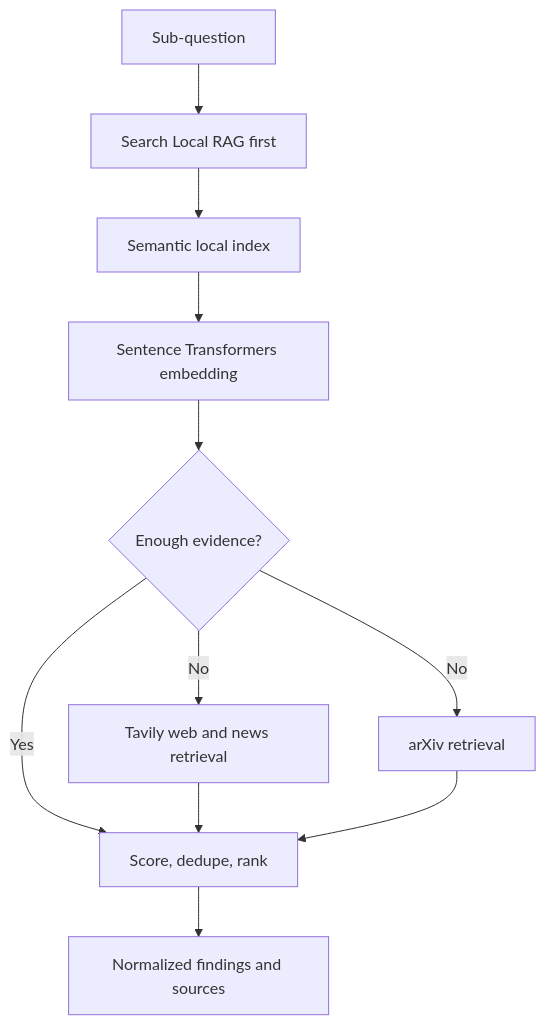
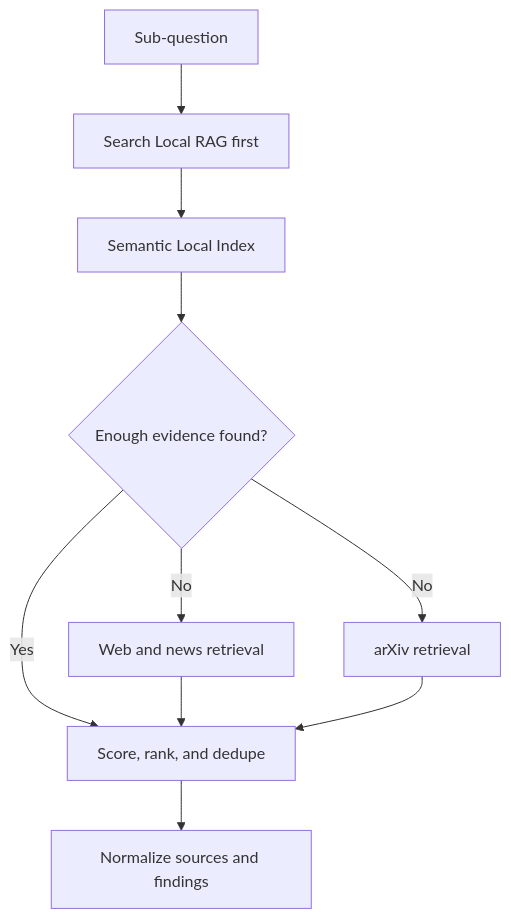
The fourth of 10 diagrams in Group_9/ai-hackathon/docs/WORKFLOW_DIAGRAMS.md (greenp8888/Submissions_C5), drawn with Mermaid before and after one commit. The commit also changed other lines of this file and 35 other files, not shown here.

````diff
--- a/Group_9/ai-hackathon/docs/WORKFLOW_DIAGRAMS.md
+++ b/Group_9/ai-hackathon/docs/WORKFLOW_DIAGRAMS.md
@@ -70,23 +101,21 @@
 ```mermaid
 flowchart TD
-    Question[Sub-question]
+    SubQuestion[Sub-question]
     LocalFirst[Search Local RAG first]
-    LocalIndex[Semantic local index]
-    Embed[Sentence Transformers embedding]
-    NeedMore{Enough evidence?}
-    Web[Tavily web and news retrieval]
+    LocalIndex[Semantic Local Index]
+    Enough{Enough evidence found?}
+    Web[Web and news retrieval]
     Arxiv[arXiv retrieval]
-    Score[Score, dedupe, rank]
-    Findings[Normalized findings and sources]
+    Score[Score, rank, and dedupe]
+    Normalize[Normalize sources and findings]
 
-    Question --> LocalFirst
+    SubQuestion --> LocalFirst
     LocalFirst --> LocalIndex
-    LocalIndex --> Embed
-    Embed --> NeedMore
-    NeedMore -- Yes --> Score
-    NeedMore -- No --> Web
-    NeedMore -- No --> Arxiv
+    LocalIndex --> Enough
+    Enough -- Yes --> Score
+    Enough -- No --> Web
+    Enough -- No --> Arxiv
     Web --> Score
     Arxiv --> Score
-    Score --> Findings
+    Score --> Normalize
 ```
````
